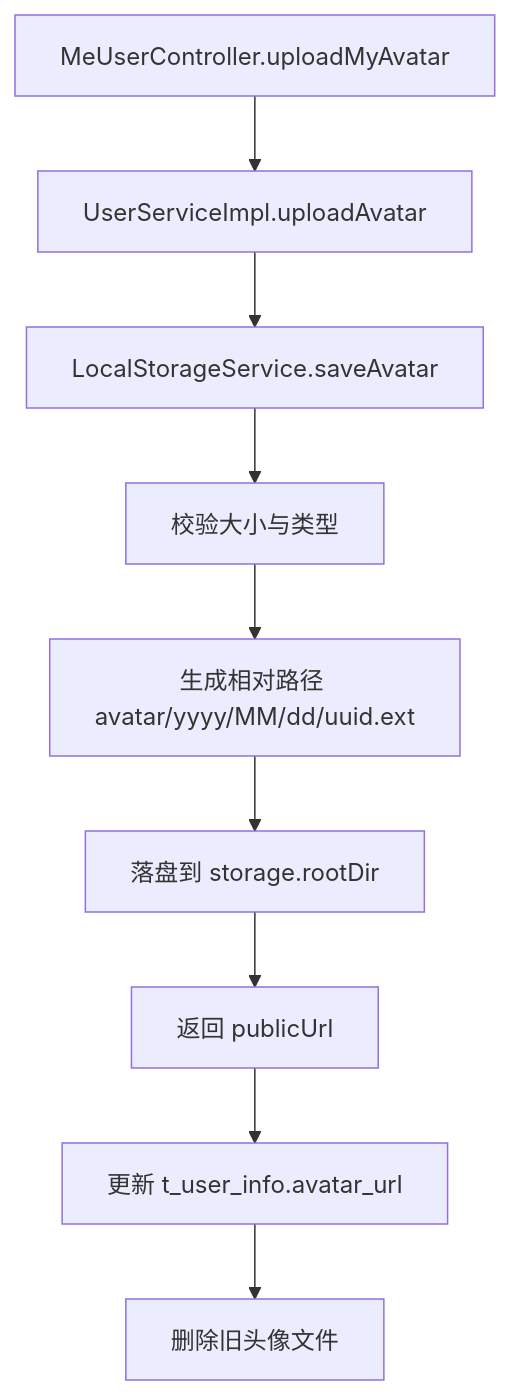
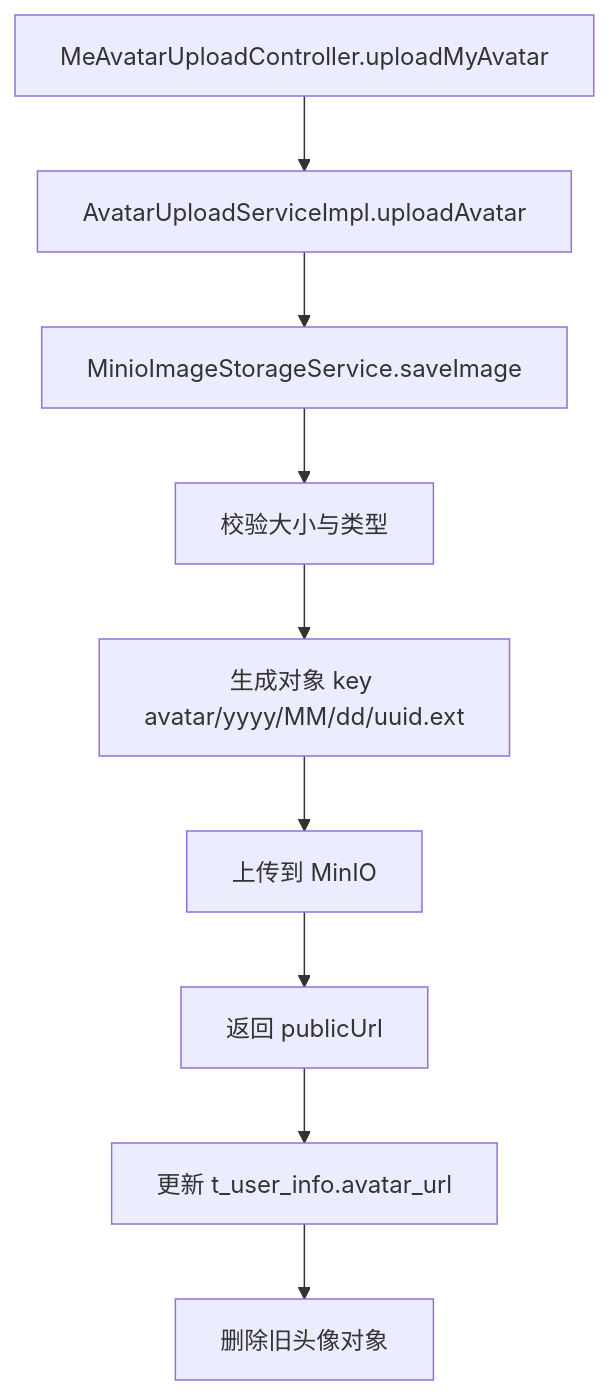
One commit to ytnxneydhsx/biliibli changed the diagram in bilibili_SpringBoot/src/main/resources/doc/not-frontend-exposed/存储模块-接口与调用链路说明.md. Above: the diagram before and after it, drawn with Mermaid. The commit also changed other lines of this file and 58 other files, not shown here.

````diff
--- a/bilibili_SpringBoot/src/main/resources/doc/not-frontend-exposed/存储模块-接口与调用链路说明.md
+++ b/bilibili_SpringBoot/src/main/resources/doc/not-frontend-exposed/存储模块-接口与调用链路说明.md
@@ -55,11 +47,11 @@
 ```mermaid
 flowchart TD
-    A[MeUserController.uploadMyAvatar] --> B[UserServiceImpl.uploadAvatar]
-    B --> C[LocalStorageService.saveAvatar]
+    A[MeAvatarUploadController.uploadMyAvatar] --> B[AvatarUploadServiceImpl.uploadAvatar]
+    B --> C[MinioImageStorageService.saveImage]
     C --> D[校验大小与类型]
-    D --> E[生成相对路径 avatar/yyyy/MM/dd/uuid.ext]
-    E --> F[落盘到 storage.rootDir]
+    D --> E[生成对象 key avatar/yyyy/MM/dd/uuid.ext]
+    E --> F[上传到 MinIO]
     F --> G[返回 publicUrl]
     G --> H[更新 t_user_info.avatar_url]
-    H --> I[删除旧头像文件]
+    H --> I[删除旧头像对象]
 ```
````
